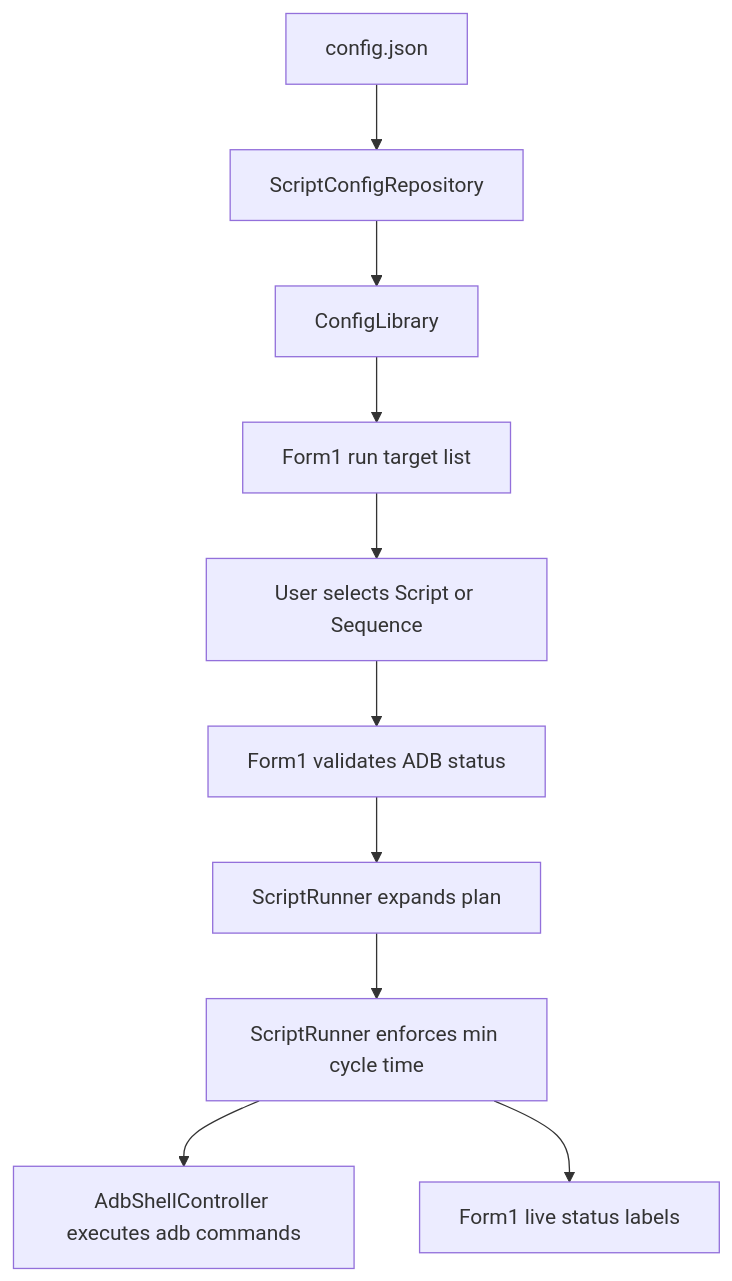
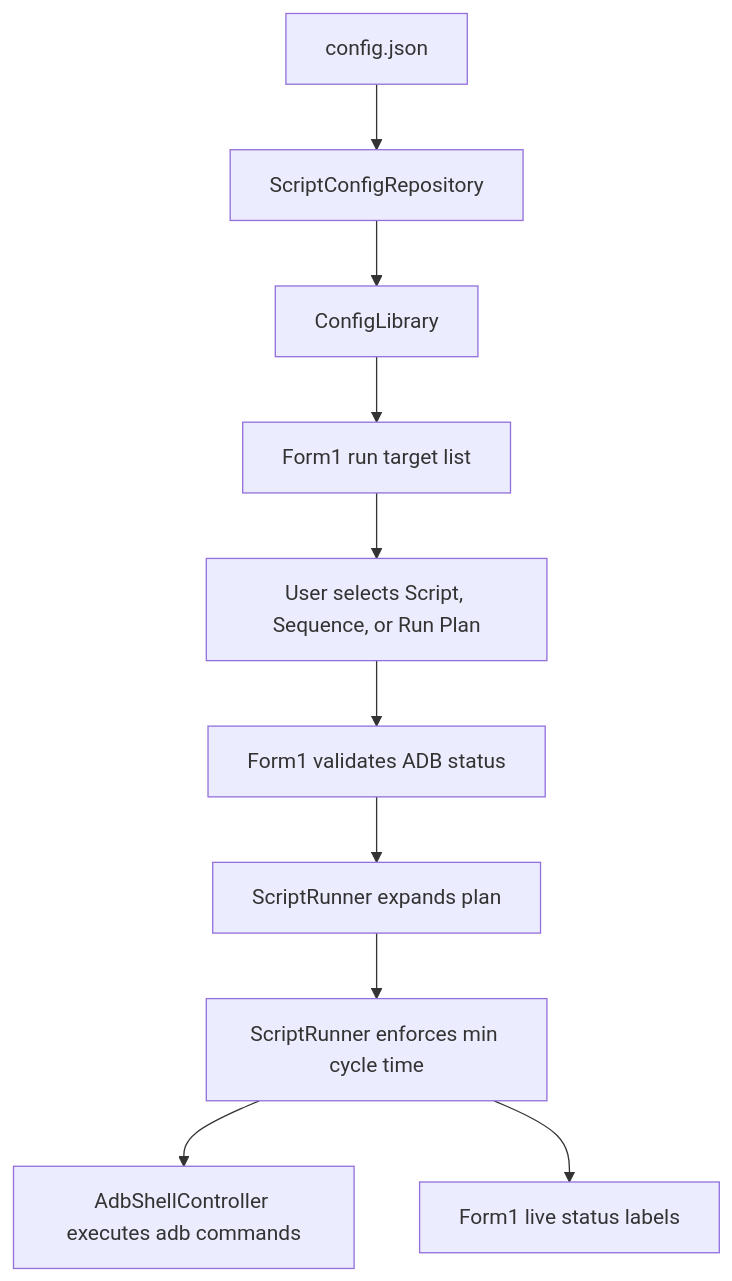
Before and after one commit to okp1988/Lazy_App_Codex_Core: the first of 4 diagrams in docs/ARCHITECTURE.md, drawn with Mermaid. The commit also changed other lines of this file and 13 other files, not shown here.

First line of the commit message:
feat: add run plans and sequence hide support

````diff
--- a/docs/ARCHITECTURE.md
+++ b/docs/ARCHITECTURE.md
@@ -101,12 +104,12 @@
 ```mermaid
 flowchart TD
     A["config.json"] --> B["ScriptConfigRepository"]
     B --> C["ConfigLibrary"]
     C --> D["Form1 run target list"]
-    D --> E["User selects Script or Sequence"]
+    D --> E["User selects Script, Sequence, or Run Plan"]
     E --> F["Form1 validates ADB status"]
     F --> G["ScriptRunner expands plan"]
     G --> H["ScriptRunner enforces min cycle time"]
     H --> I["AdbShellController executes adb commands"]
     H --> J["Form1 live status labels"]
 ```
````
